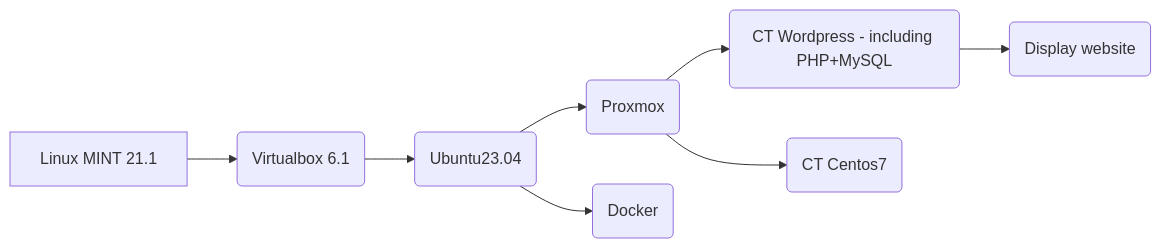
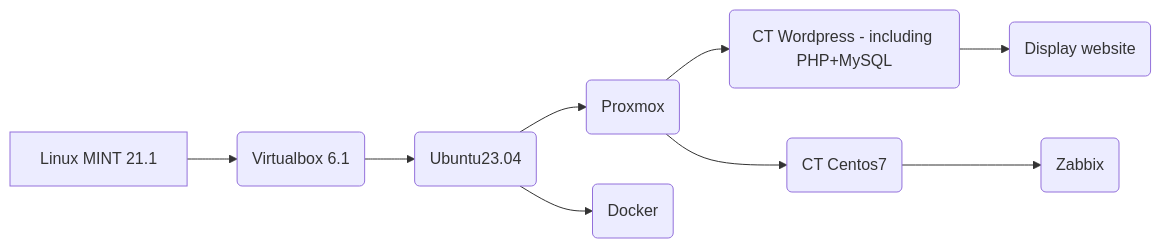
One commit to DanyAAD90/DevOps_junior_Wordpress changed the diagram in Project.md. Above: the diagram before and after it, drawn with Mermaid.

````diff
--- a/Project.md
+++ b/Project.md
@@ -3,10 +3,11 @@
 ```mermaid
 graph LR
 A[Linux MINT 21.1] --> B(Virtualbox 6.1)
 B --> C(Ubuntu23.04)
 C --> D(Proxmox)
 D --> E(CT Wordpress - including PHP+MySQL)
 E --> G(Display website)
 C --> F(Docker)
 D --> H(CT Centos7)
+H --> I(Zabbix)
 ```
````
